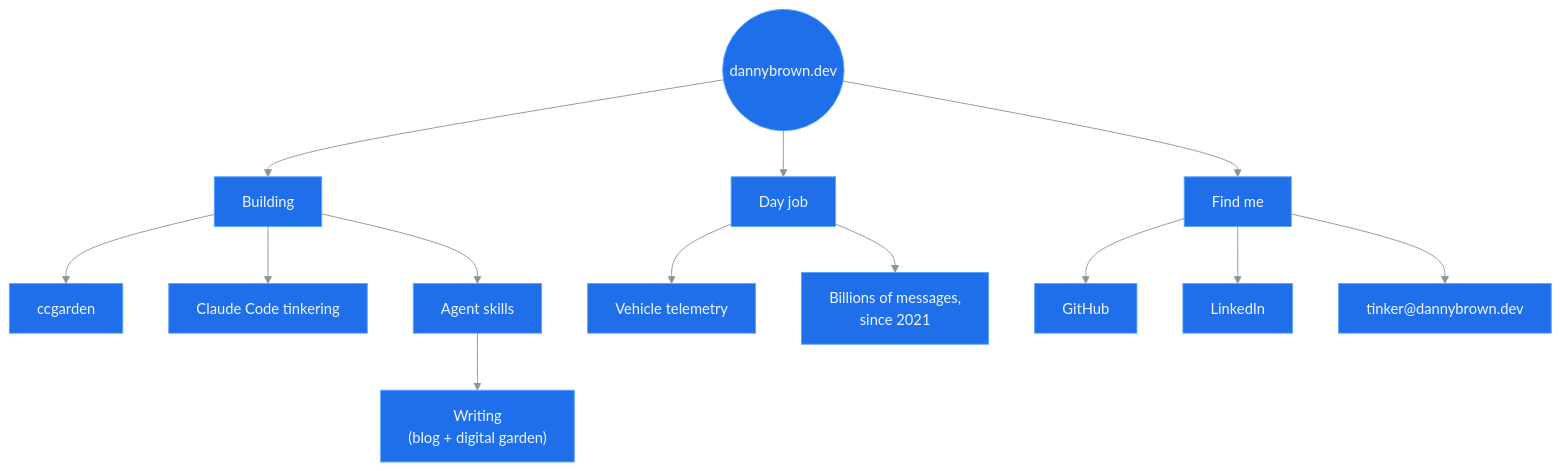
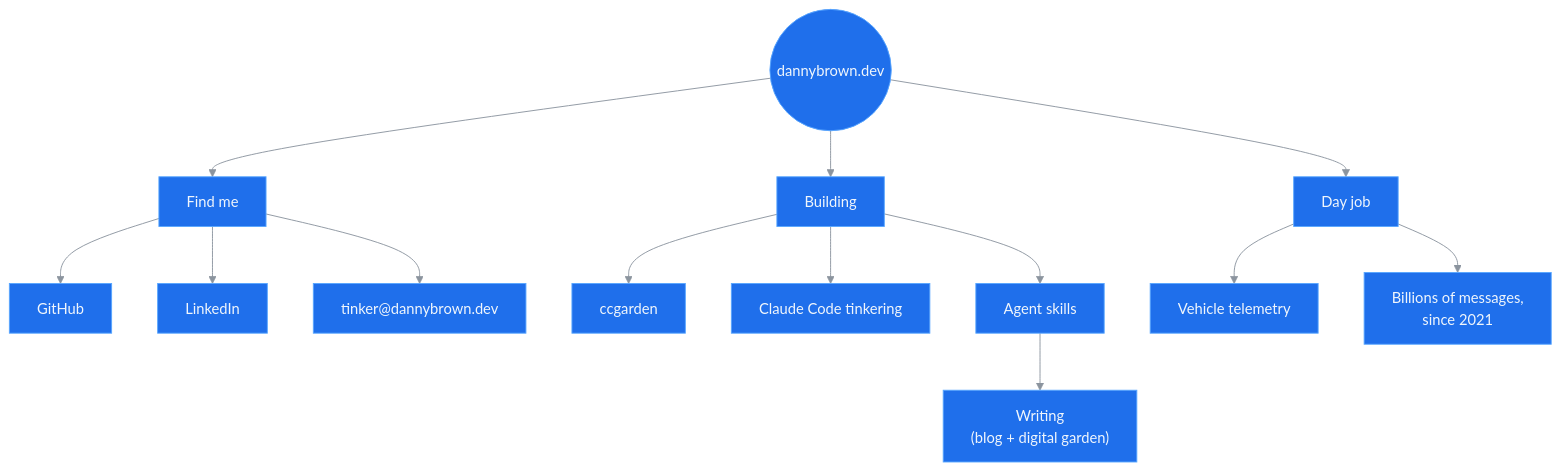
One commit to dannybrown37/dannybrown37 changed the diagram in README.md. Above: the diagram before and after it, drawn with Mermaid. The commit also changed other lines of this file, not shown here.

First line of the commit message:
Refactor flowchart in README.md

````diff
--- a/README.md
+++ b/README.md
@@ -7,24 +7,24 @@
 ```mermaid
 %%{init: {'theme':'base', 'themeVariables': {'primaryColor':'#1f6feb','primaryTextColor':'#f0f6fc','primaryBorderColor':'#58a6ff','lineColor':'#8b949e','textColor':'#f0f6fc','fontSize':'16px'}}}%%
 flowchart TD
     root(("dannybrown.dev"))
+
+    root --> findme["Find me"]
+    findme --> github["GitHub"]
+    findme --> linkedin["LinkedIn"]
+    findme --> email["tinker@dannybrown.dev"]
 
     root --> building["Building"]
     building --> ccgarden["ccgarden"]
     building --> tinkering["Claude Code tinkering"]
     building --> skills["Agent skills"]
     skills --> writing["Writing<br/>(blog + digital garden)"]
 
     root --> dayjob["Day job"]
     dayjob --> telemetry["Vehicle telemetry"]
     dayjob --> scale["Billions of messages,<br/>since 2021"]
 
-    root --> findme["Find me"]
-    findme --> github["GitHub"]
-    findme --> linkedin["LinkedIn"]
-    findme --> email["tinker@dannybrown.dev"]
-
     click github "https://github.com/dannybrown37" _blank
     click linkedin "https://linkedin.com/in/dannybrown37" _blank
     click email "mailto:tinker@dannybrown.dev" _blank
 ```
````
